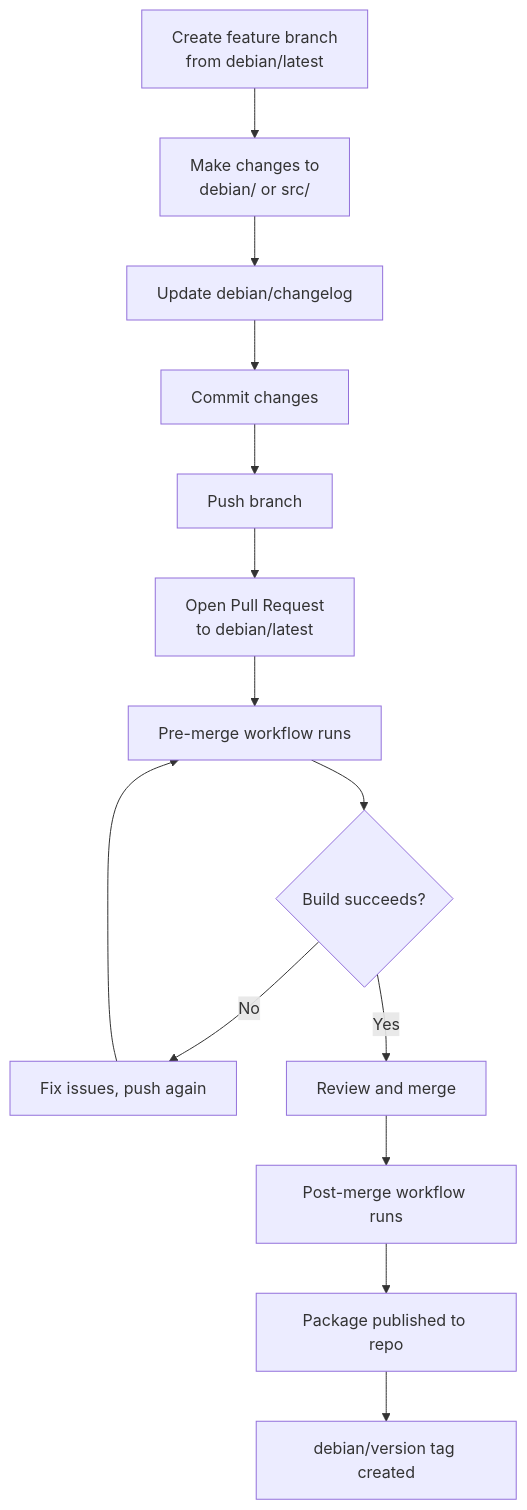
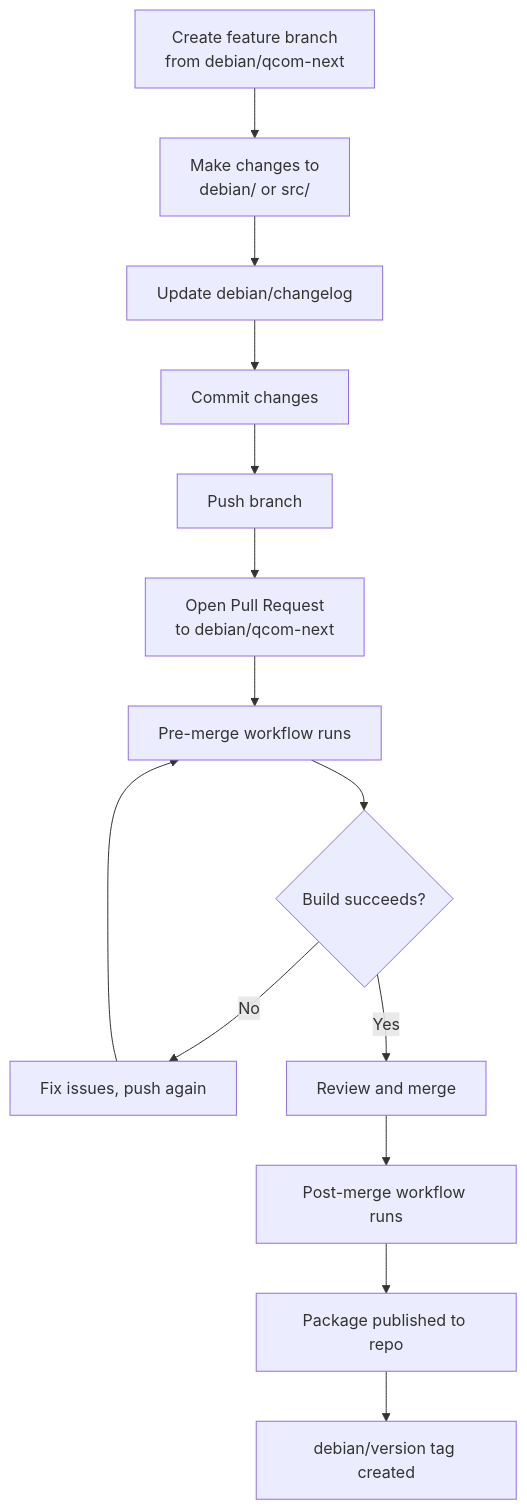
The second of 4 diagrams in docs/package-repo-integration.md (vemana1niranjan/qcom-build-utils), drawn with Mermaid before and after one commit. The commit also changed other lines of this file and 6 other files, not shown here.

Commit message:
Update references from debian/latest to debian/qcom-next in workflows and documentation

````diff
--- a/docs/package-repo-integration.md
+++ b/docs/package-repo-integration.md
@@ -283,16 +283,16 @@
 ```mermaid
 flowchart TD
-    A[Create feature branch<br/>from debian/latest] --> B[Make changes to<br/>debian/ or src/]
+    A[Create feature branch<br/>from debian/qcom-next] --> B[Make changes to<br/>debian/ or src/]
     B --> C[Update debian/changelog]
     C --> D[Commit changes]
     D --> E[Push branch]
-    E --> F[Open Pull Request<br/>to debian/latest]
+    E --> F[Open Pull Request<br/>to debian/qcom-next]
     F --> G[Pre-merge workflow runs]
     G --> H{Build succeeds?}
     H -->|No| I[Fix issues, push again]
     H -->|Yes| J[Review and merge]
     I --> G
     J --> K[Post-merge workflow runs]
     K --> L[Package published to repo]
     L --> M[debian/version tag created]
 ```
````
